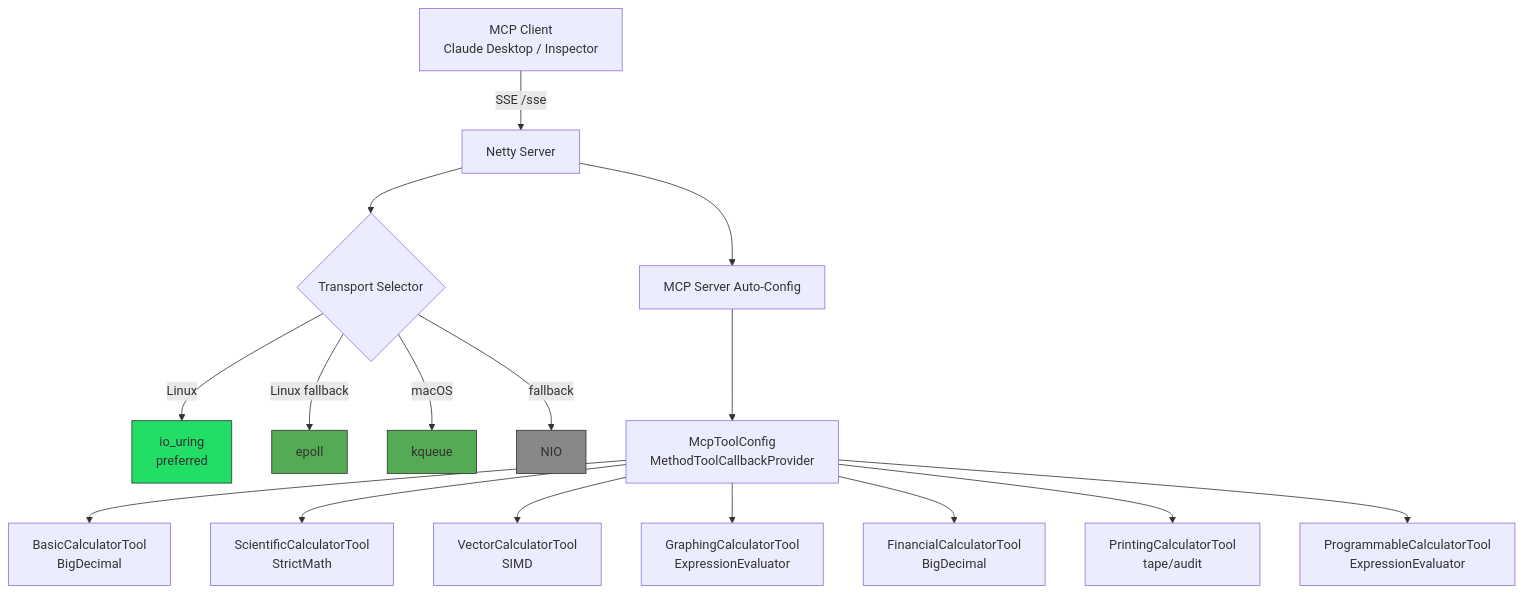
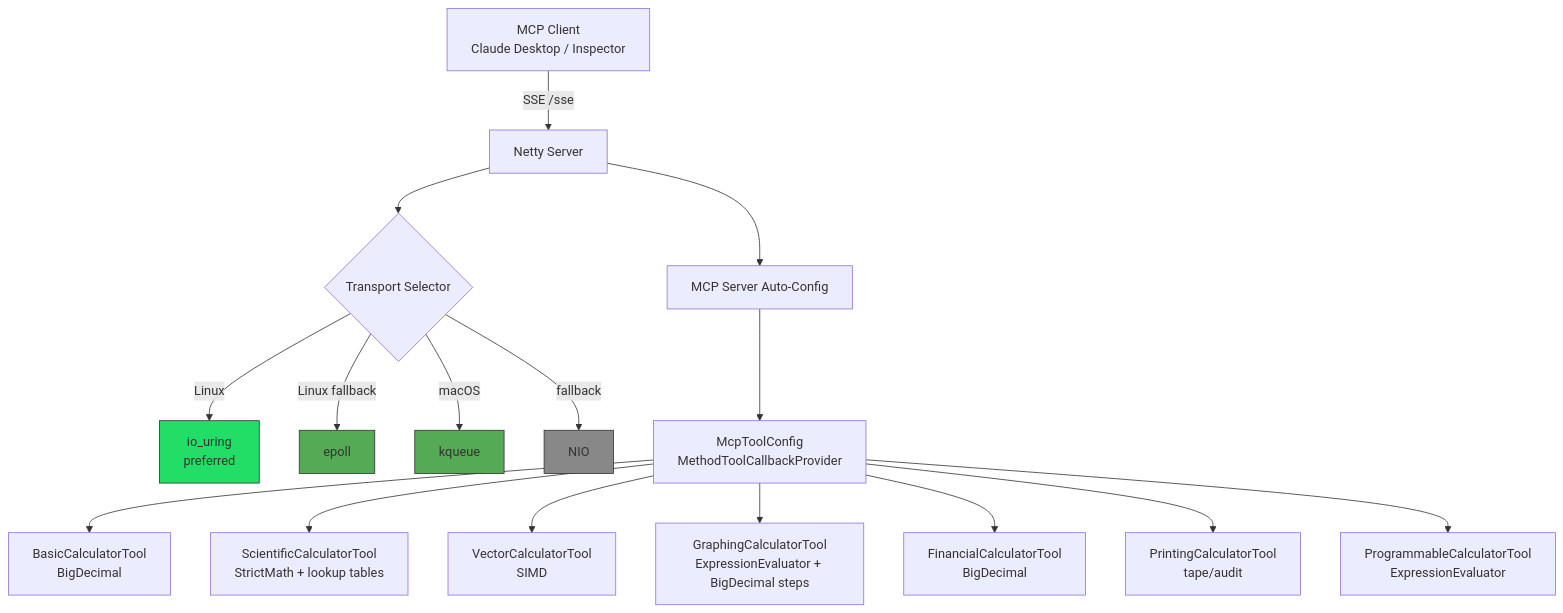
One commit to farchanjo/math-calculator changed the first of 7 diagrams in docs/architecture.md. Above: the diagram before and after it, drawn with Mermaid. The commit also changed 2 other files, not shown here.

Commit message:
docs(project): update docs for precision fixes and error handling
Update Scientific Calculator docs: String returns, error messages
instead of exceptions, notable-angle lookup tables, trig precision.
Add BigDecimal step note to plotFunction. Add scripts/mcp_test.py
reference to README.

````diff
--- a/docs/architecture.md
+++ b/docs/architecture.md
@@ -5,23 +5,23 @@
 ```mermaid
 graph TD
     A[MCP Client<br/>Claude Desktop / Inspector] -->|SSE /sse| B[Netty Server]
     B --> N{Transport Selector}
     N -->|Linux| N1[io_uring<br/>preferred]
     N -->|Linux fallback| N2[epoll]
     N -->|macOS| N3[kqueue]
     N -->|fallback| N4[NIO]
     B --> C[MCP Server Auto-Config]
     C --> D[McpToolConfig<br/>MethodToolCallbackProvider]
     D --> E[BasicCalculatorTool<br/>BigDecimal]
-    D --> F[ScientificCalculatorTool<br/>StrictMath]
+    D --> F[ScientificCalculatorTool<br/>StrictMath + lookup tables]
     D --> G[VectorCalculatorTool<br/>SIMD]
-    D --> H[GraphingCalculatorTool<br/>ExpressionEvaluator]
+    D --> H[GraphingCalculatorTool<br/>ExpressionEvaluator + BigDecimal steps]
     D --> I[FinancialCalculatorTool<br/>BigDecimal]
     D --> J[PrintingCalculatorTool<br/>tape/audit]
     D --> K[ProgrammableCalculatorTool<br/>ExpressionEvaluator]
 
     style N1 fill:#2d6,stroke:#333
     style N2 fill:#5a5,stroke:#333
     style N3 fill:#5a5,stroke:#333
     style N4 fill:#888,stroke:#333
 ```
````
